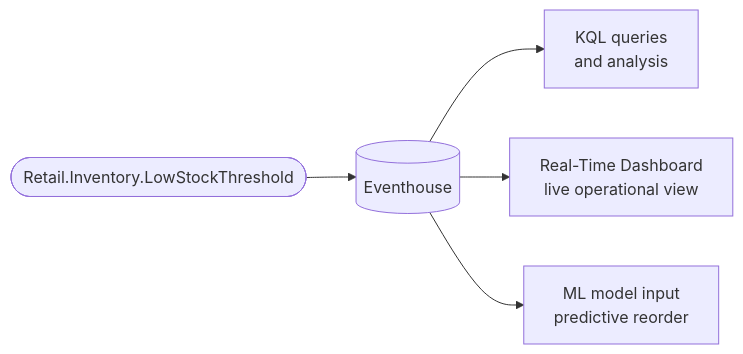
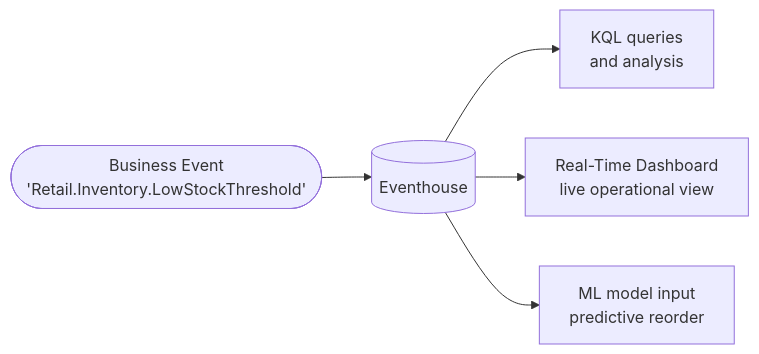
The second of 2 diagrams in docs/business-events/scenarios/scenario-02-low-stock-threshold/README.md (microsoft/fabric-events), drawn with Mermaid before and after one commit. The commit also changed other lines of this file and 9 other files, not shown here.

First line of the commit message:
Standardize Business Event diagram nodes across all articles

````diff
--- a/docs/business-events/scenarios/scenario-02-low-stock-threshold/README.md
+++ b/docs/business-events/scenarios/scenario-02-low-stock-threshold/README.md
@@ -221,7 +221,7 @@
 ```mermaid
 flowchart LR
-    BE([Retail.Inventory.LowStockThreshold]) --> EH[(Eventhouse)]
+    BE([Business Event\n'Retail.Inventory.LowStockThreshold']) --> EH[(Eventhouse)]
     EH --> KQL[KQL queries\nand analysis]
     EH --> RTD[Real-Time Dashboard\nlive operational view]
     EH --> ML[ML model input\npredictive reorder]
 ```
````
